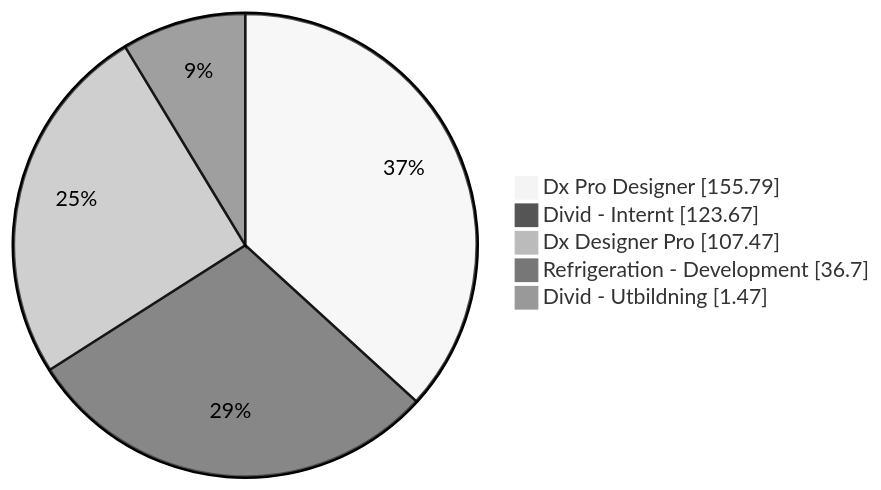
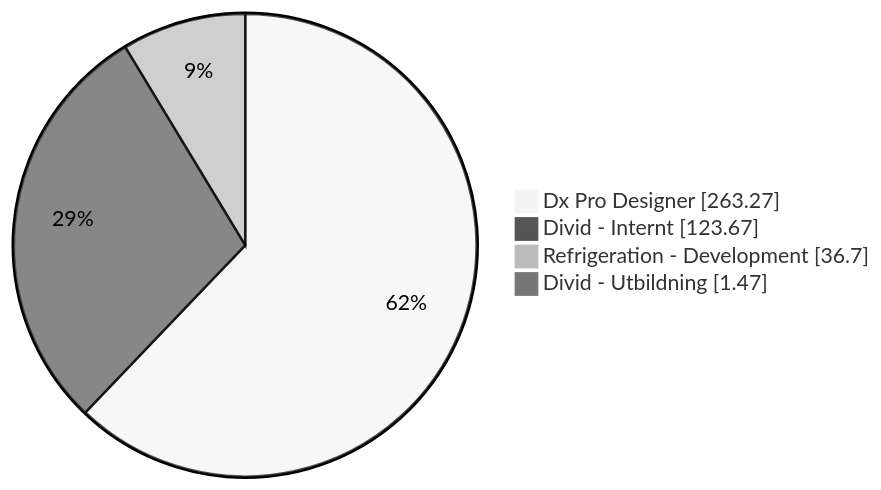
One commit to albinforsberg-netizen/timeclock changed the first of 5 diagrams in README.org. Above: the diagram before and after it, drawn with Mermaid (neutral theme). The commit also changed other lines of this file, not shown here.

```diff
--- a/README.org
+++ b/README.org
@@ -32,8 +32,7 @@
 #+begin_src mermaid
 pie showData
-    "Dx Pro Designer" : 155.79
+    "Dx Pro Designer" : 263.27
     "Divid - Internt" : 123.67
-    "Dx Designer Pro" : 107.47
     "Refrigeration - Development" : 36.70
     "Divid - Utbildning" : 1.47
 #+end_src
```
